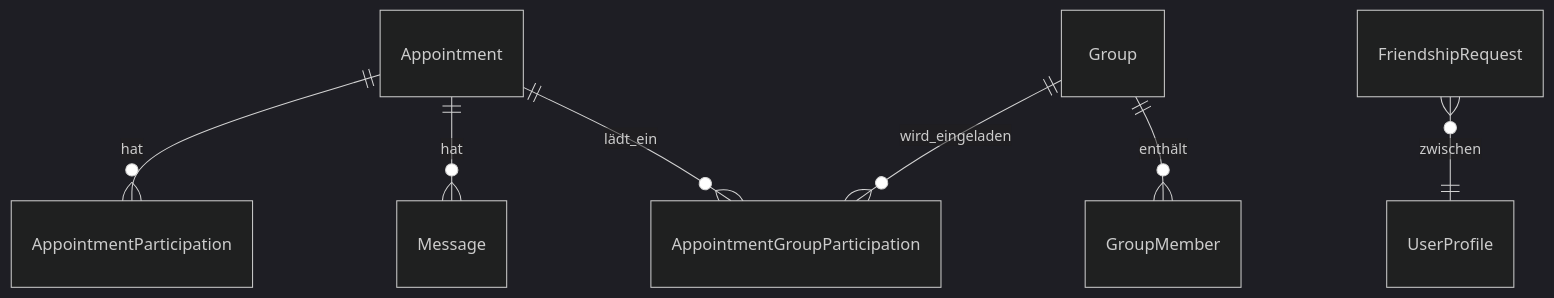
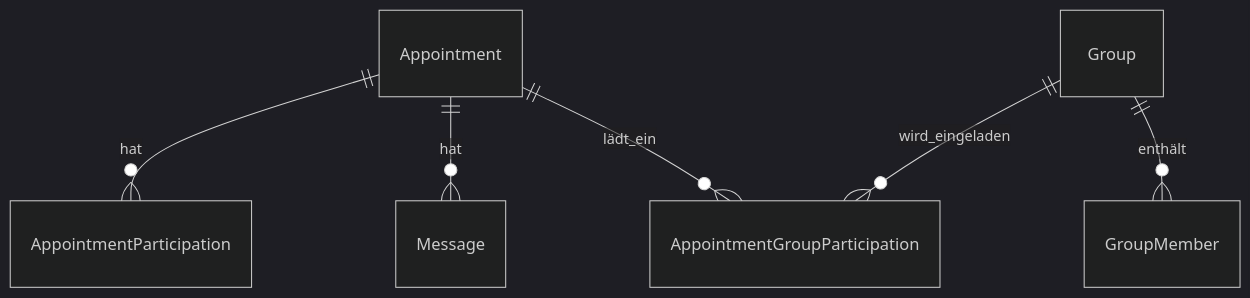
One commit to Silverminer007/chronos-root changed the diagram in docs/arc42/08-konzepte/KZ-008-domaenenmodell.md. Above: the diagram before and after it, drawn with Mermaid (dark theme). The commit also changed other lines of this file and 561 other files, not shown here.

````diff
--- a/docs/arc42/08-konzepte/KZ-008-domaenenmodell.md
+++ b/docs/arc42/08-konzepte/KZ-008-domaenenmodell.md
@@ -14,9 +13,8 @@
 ```mermaid
 erDiagram
   Appointment ||--o{ AppointmentParticipation : hat
   Appointment ||--o{ Message : hat
   Appointment ||--o{ AppointmentGroupParticipation : lädt_ein
   Group ||--o{ GroupMember : enthält
   Group ||--o{ AppointmentGroupParticipation : wird_eingeladen
-  FriendshipRequest }o--|| UserProfile : zwischen
 ```
````
